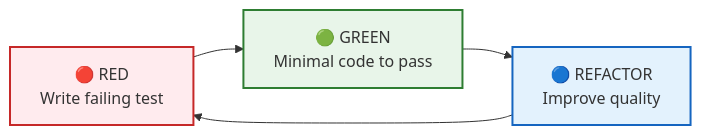
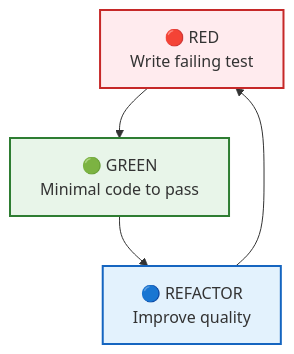
One commit to lbijeau/codex-training changed the second of 5 diagrams in docs/modules/05-quality.md. Above: the diagram before and after it, drawn with Mermaid. The commit also changed other lines of this file and 18 other files, not shown here.

Commit message:
Fix mermaid diagrams and review formatting

````diff
--- a/docs/modules/05-quality.md
+++ b/docs/modules/05-quality.md
@@ -301,12 +301,12 @@
 ```mermaid
-flowchart LR
+flowchart TB
     RED["🔴 RED\nWrite failing test"]
     GREEN["🟢 GREEN\nMinimal code to pass"]
     REFACTOR["🔵 REFACTOR\nImprove quality"]
 
     RED --> GREEN --> REFACTOR --> RED
 
     style RED fill:#ffebee,stroke:#c62828,stroke-width:2px
     style GREEN fill:#e8f5e9,stroke:#2e7d32,stroke-width:2px
     style REFACTOR fill:#e3f2fd,stroke:#1565c0,stroke-width:2px
 ```
````
